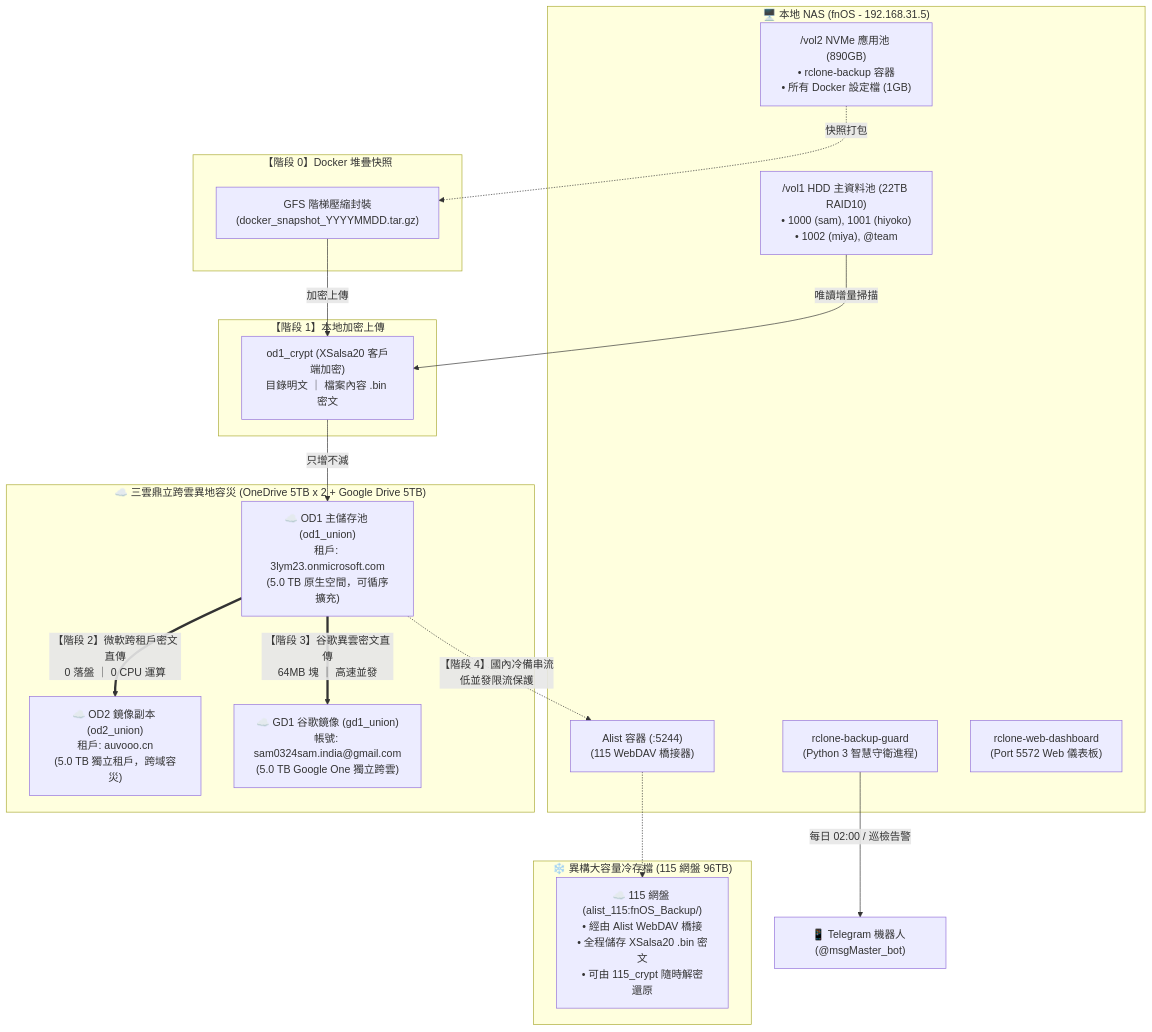
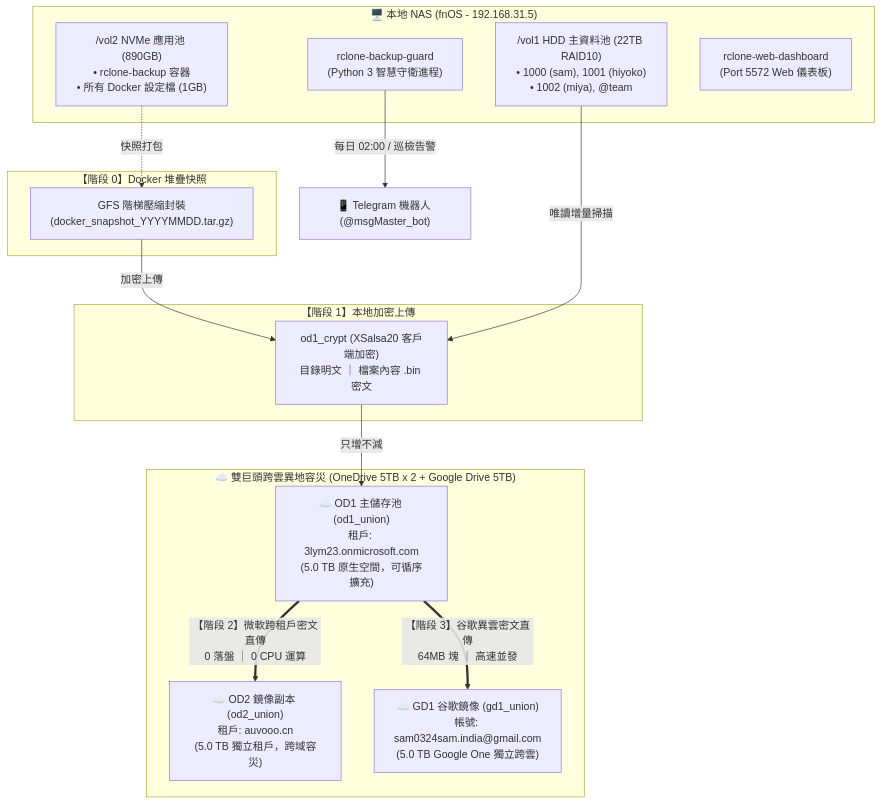
One commit to sam0324sam/fnos-onedrive-backup changed the diagram in README.md. Above: the diagram before and after it, drawn with Mermaid. The commit also changed other lines of this file and 2 other files, not shown here.

Commit message:
refactor: streamline backup architecture to 4-3-2 Dual-Cloud Fan-Out (decommission 115 cold archive)

````diff
--- a/README.md
+++ b/README.md
@@ -48,38 +47,32 @@
 ```mermaid
 graph TD
     subgraph Local_NAS ["🖥️ 本地 NAS (fnOS - 192.168.31.5)"]
         SSD["/vol2 NVMe 應用池 (890GB)<br>• rclone-backup 容器<br>• 所有 Docker 設定檔 (1GB)"]
         HDD["/vol1 HDD 主資料池 (22TB RAID10)<br>• 1000 (sam), 1001 (hiyoko)<br>• 1002 (miya), @team"]
         Guard["rclone-backup-guard<br>(Python 3 智慧守衛進程)"]
-        Alist["Alist 容器 (:5244)<br>(115 WebDAV 橋接器)"]
         WebGUI["rclone-web-dashboard<br>(Port 5572 Web 儀表板)"]
     end
 
     subgraph Phase0 ["【階段 0】Docker 堆疊快照"]
         Tar["GFS 階梯壓縮封裝<br>(docker_snapshot_YYYYMMDD.tar.gz)"]
     end
 
     subgraph Phase1 ["【階段 1】本地加密上傳"]
         Crypt["od1_crypt (XSalsa20 客戶端加密)<br>目錄明文 ｜ 檔案內容 .bin 密文"]
     end
 
-    subgraph Triple_Cloud ["☁️ 三雲鼎立跨雲異地容災 (OneDrive 5TB x 2 + Google Drive 5TB)"]
+    subgraph Dual_Cloud ["☁️ 雙巨頭跨雲異地容災 (OneDrive 5TB x 2 + Google Drive 5TB)"]
         OD1["☁️ OD1 主儲存池 (od1_union)<br>租戶: 3lym23.onmicrosoft.com<br>(5.0 TB 原生空間，可循序擴充)"]
         OD2["☁️ OD2 鏡像副本 (od2_union)<br>租戶: auvooo.cn<br>(5.0 TB 獨立租戶，跨域容災)"]
         GD1["☁️ GD1 谷歌鏡像 (gd1_union)<br>帳號: sam0324sam.india@gmail.com<br>(5.0 TB Google One 獨立跨雲)"]
-    end
-
-    subgraph Cold_Archive ["❄️ 異構大容量冷存檔 (115 網盤 96TB)"]
-        C115["☁️ 115 網盤 (alist_115:fnOS_Backup/)<br>• 經由 Alist WebDAV 橋接<br>• 全程儲存 XSalsa20 .bin 密文<br>• 可由 115_crypt 隨時解密還原"]
     end
 
     SSD -.->|快照打包| Tar
     Tar -->|加密上傳| Crypt
     HDD -->|唯讀增量掃描| Crypt
     Crypt -->|只增不減| OD1
     OD1 ==>|【階段 2】微軟跨租戶密文直傳<br>0 落盤 ｜ 0 CPU 運算| OD2
     OD1 ==>|【階段 3】谷歌異雲密文直傳<br>64MB 塊 ｜ 高速並發| GD1
-    OD1 -.->|【階段 4】國內冷備串流<br>低並發限流保護| Alist -.-> C115
 
     Guard -->|每日 02:00 / 巡檢告警| TG["📱 Telegram 機器人 (@msgMaster_bot)"]
 ```
````
